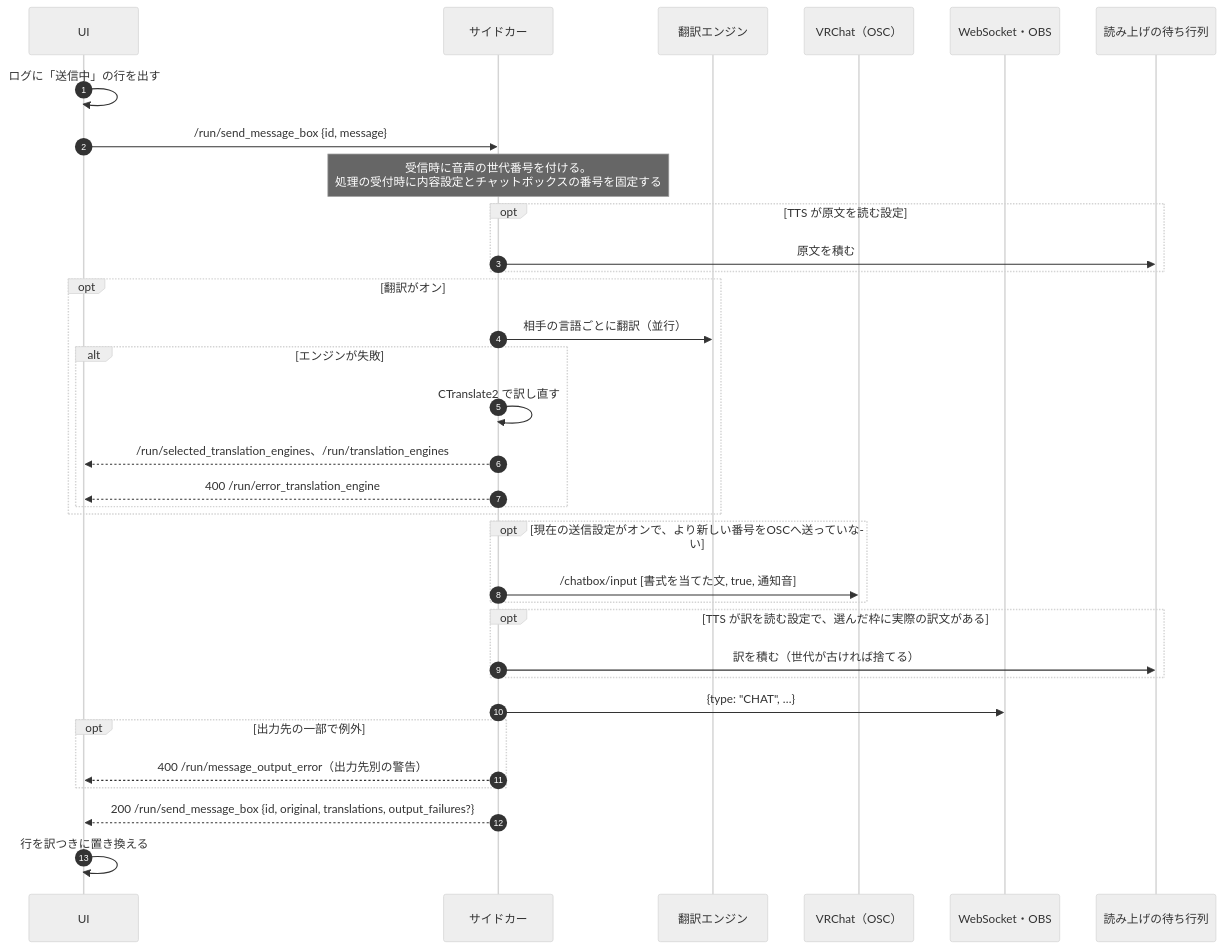
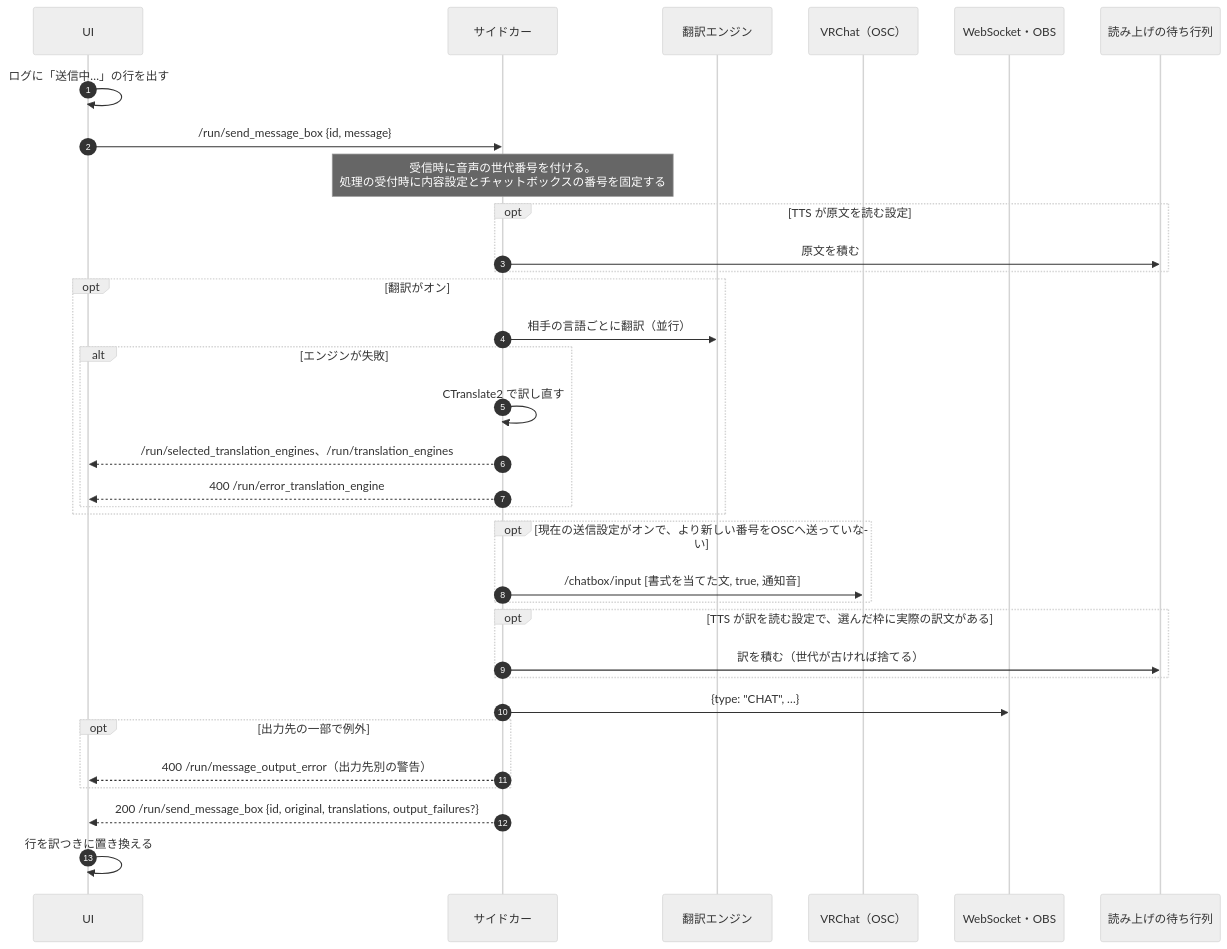
Before and after one commit to kein5/astarot: diagram 11 of 14 in docs/spec/sequences.md, drawn with Mermaid (neutral theme). The commit also changed other lines of this file and 19 other files, not shown here.

````diff
--- a/docs/spec/sequences.md
+++ b/docs/spec/sequences.md
@@ -307,36 +307,36 @@
 ```mermaid
 sequenceDiagram
   autonumber
   participant UI as UI
   participant S as サイドカー
   participant T as 翻訳エンジン
   participant V as VRChat（OSC）
   participant W as WebSocket・OBS
   participant Q as 読み上げの待ち行列
-  UI->>UI: ログに「送信中」の行を出す
+  UI->>UI: ログに「送信中…」の行を出す
   UI->>S: /run/send_message_box {id, message}
   Note over S: 受信時に音声の世代番号を付ける。<br/>処理の受付時に内容設定とチャットボックスの番号を固定する
   opt TTS が原文を読む設定
     S->>Q: 原文を積む
   end
   opt 翻訳がオン
     S->>T: 相手の言語ごとに翻訳（並行）
     alt エンジンが失敗
       S->>S: CTranslate2 で訳し直す
       S-->>UI: /run/selected_translation_engines、/run/translation_engines
       S-->>UI: 400 /run/error_translation_engine
     end
   end
   opt 現在の送信設定がオンで、より新しい番号をOSCへ送っていない
     S->>V: /chatbox/input [書式を当てた文, true, 通知音]
   end
   opt TTS が訳を読む設定で、選んだ枠に実際の訳文がある
     S->>Q: 訳を積む（世代が古ければ捨てる）
   end
   S->>W: {type: "CHAT", …}
   opt 出力先の一部で例外
     S-->>UI: 400 /run/message_output_error（出力先別の警告）
   end
   S-->>UI: 200 /run/send_message_box {id, original, translations, output_failures?}
   UI->>UI: 行を訳つきに置き換える
 ```
````
